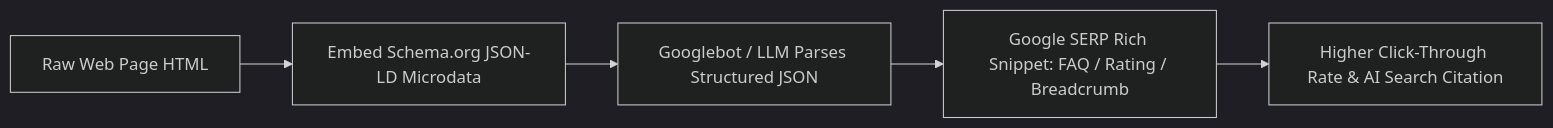
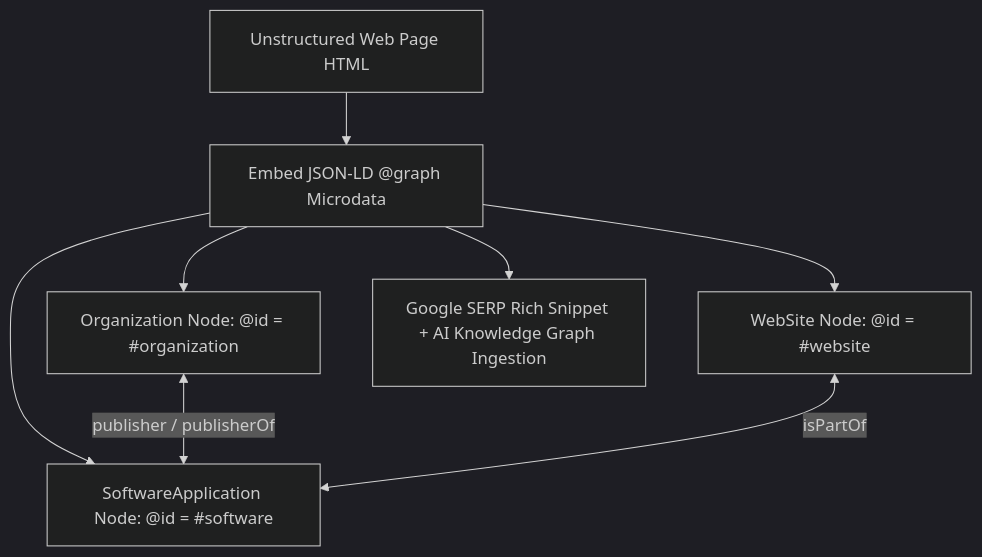
The diagram in schema-markup-and-structured-data/README.md (seoerai/seo), drawn with Mermaid (dark theme) before and after one commit. The commit also changed other lines of this file and 3 other files, not shown here.

Commit message:
docs: expand AI SEO, pSEO, Semantic Entities and Schema microdata specs

````diff
--- a/schema-markup-and-structured-data/README.md
+++ b/schema-markup-and-structured-data/README.md
@@ -11,7 +11,10 @@
 ```mermaid
-flowchart LR
-    A[Raw Web Page HTML] --> B[Embed Schema.org JSON-LD Microdata]
-    B --> C[Googlebot / LLM Parses Structured JSON]
-    C --> D[Google SERP Rich Snippet: FAQ / Rating / Breadcrumb]
-    D --> E[Higher Click-Through Rate & AI Search Citation]
+flowchart TD
+    A[Unstructured Web Page HTML] --> B[Embed JSON-LD @graph Microdata]
+    B --> C1[Organization Node: @id = #organization]
+    B --> C2[WebSite Node: @id = #website]
+    B --> C3[SoftwareApplication Node: @id = #software]
+    C1 <-->|publisher / publisherOf| C3
+    C2 <-->|isPartOf| C3
+    B --> D[Google SERP Rich Snippet + AI Knowledge Graph Ingestion]
 ```
````
